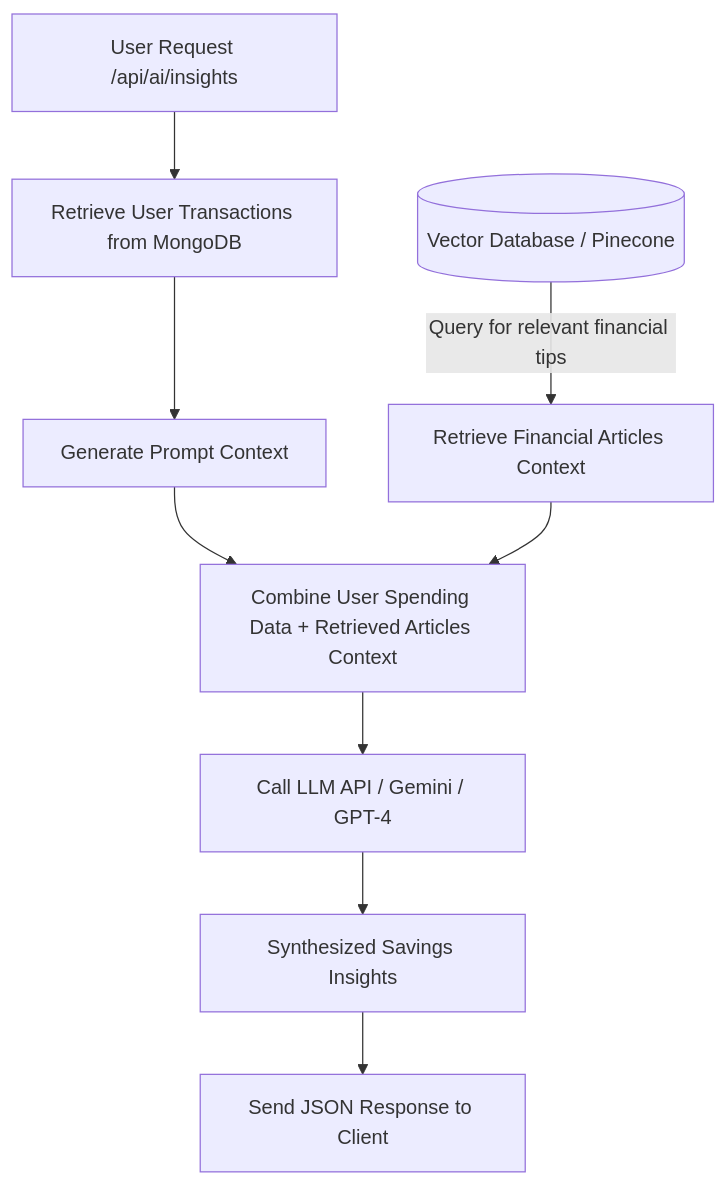
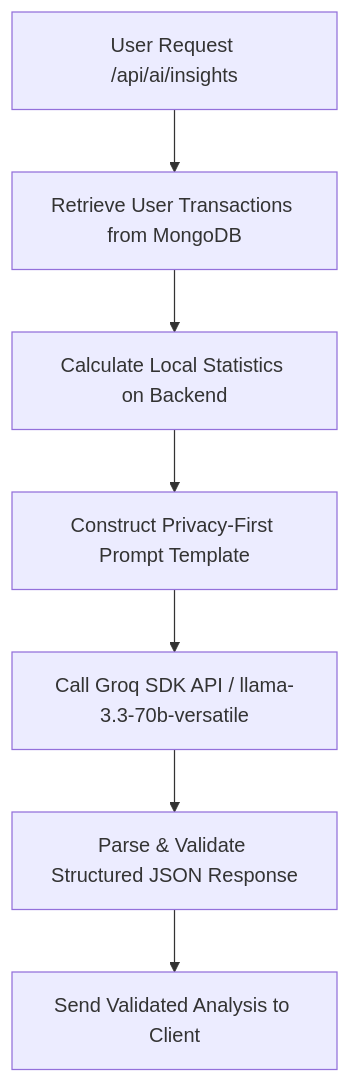
The diagram in server/AI_INTEGRATION.md (JAT-SANDEEP8117/Spend_Smart_MERN), drawn with Mermaid before and after one commit. The commit also changed other lines of this file and 15 other files, not shown here.

Commit message:
completed the AI integration part in the project and used groq api

````diff
--- a/server/AI_INTEGRATION.md
+++ b/server/AI_INTEGRATION.md
@@ -9,11 +9,9 @@
 ```mermaid
 graph TD
     A[User Request /api/ai/insights] --> B[Retrieve User Transactions from MongoDB]
-    B --> C[Generate Prompt Context]
-    D[(Vector Database / Pinecone)] -- Query for relevant financial tips --> E[Retrieve Financial Articles Context]
-    C --> F[Combine User Spending Data + Retrieved Articles Context]
-    E --> F
-    F --> G[Call LLM API / Gemini / GPT-4]
-    G --> H[Synthesized Savings Insights]
-    H --> I[Send JSON Response to Client]
+    B --> C[Calculate Local Statistics on Backend]
+    C --> D[Construct Privacy-First Prompt Template]
+    D --> E[Call Groq SDK API / llama-3.3-70b-versatile]
+    E --> F[Parse & Validate Structured JSON Response]
+    F --> G[Send Validated Analysis to Client]
 ```
````
